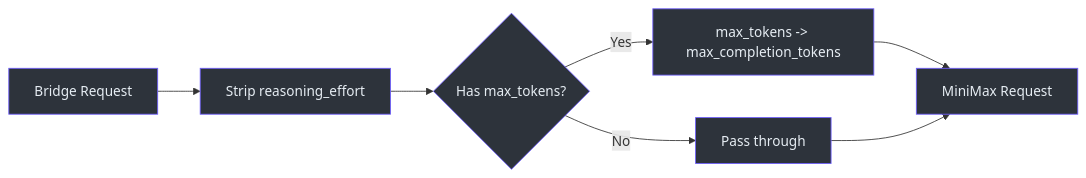
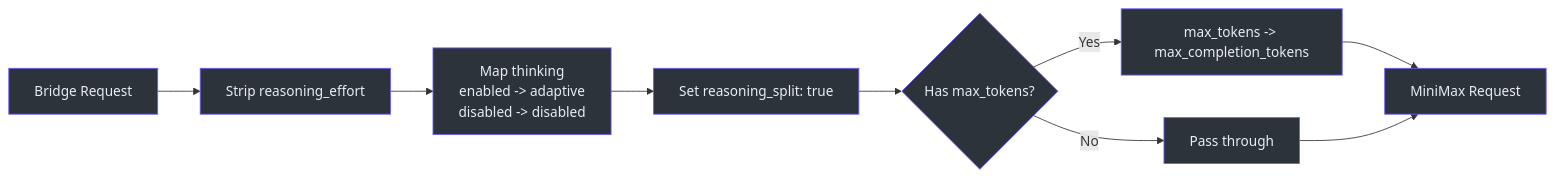
Before and after one commit to zamelee/GodeX: the third of 3 diagrams in wiki/03-provider-development/provider-hooks.md, drawn with Mermaid. The commit also changed other lines of this file and 31 other files, not shown here.

````diff
--- a/wiki/03-provider-development/provider-hooks.md
+++ b/wiki/03-provider-development/provider-hooks.md
@@ -112,16 +114,20 @@
 ```mermaid
 flowchart LR
     req["Bridge Request"] --> strip["Strip reasoning_effort"]
-    strip --> mt{"Has max_tokens?"}
+    strip --> think["Map thinking<br>enabled -> adaptive<br>disabled -> disabled"]
+    think --> split["Set reasoning_split: true"]
+    split --> mt{"Has max_tokens?"}
     mt -->|Yes| remap["max_tokens -> max_completion_tokens"]
     mt -->|No| pass["Pass through"]
     remap --> out["MiniMax Request"]
     pass --> out
 
     style req fill:#2d333b,stroke:#6d5dfc,color:#e6edf3
     style strip fill:#2d333b,stroke:#6d5dfc,color:#e6edf3
+    style think fill:#2d333b,stroke:#6d5dfc,color:#e6edf3
+    style split fill:#2d333b,stroke:#6d5dfc,color:#e6edf3
     style mt fill:#2d333b,stroke:#6d5dfc,color:#e6edf3
     style remap fill:#2d333b,stroke:#6d5dfc,color:#e6edf3
     style pass fill:#2d333b,stroke:#6d5dfc,color:#e6edf3
     style out fill:#2d333b,stroke:#6d5dfc,color:#e6edf3
 ```
````
